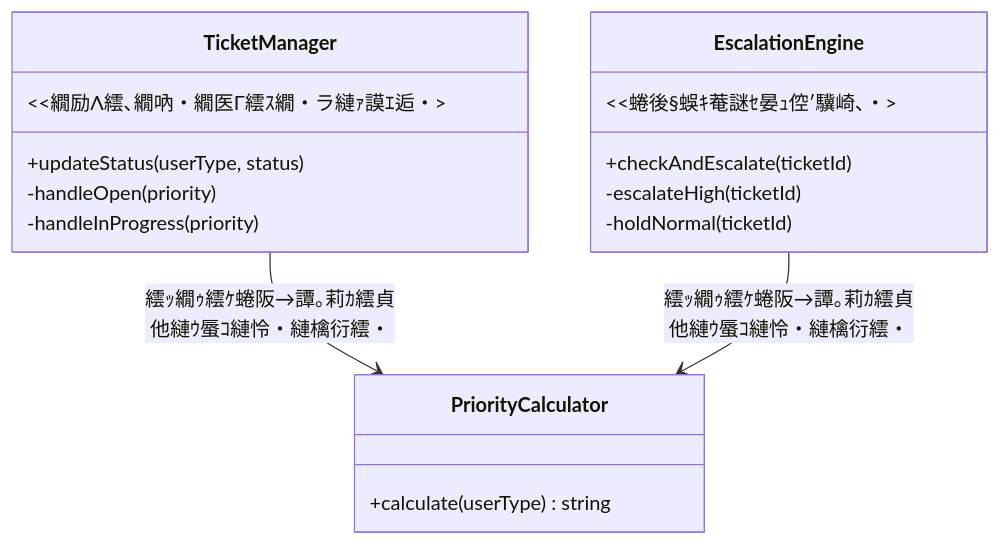
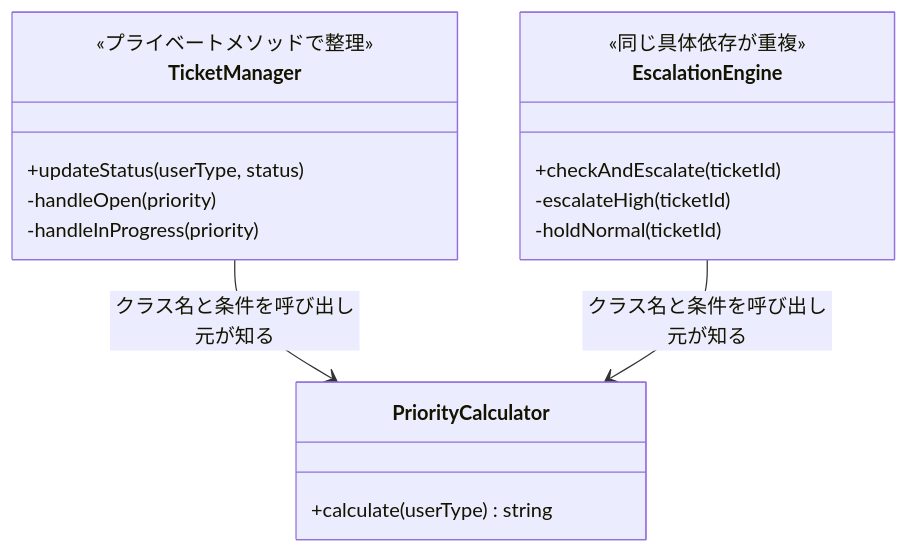
One commit to kumachan1101-pixel/DesignPattern changed the fourth of 11 diagrams in kindle/design-patterns/output/chapter09_2.md. Above: the diagram before and after it, drawn with Mermaid. The commit also changed other lines of this file and 5 other files, not shown here.

````diff
--- a/kindle/design-patterns/output/chapter09_2.md
+++ b/kindle/design-patterns/output/chapter09_2.md
@@ -459,20 +473,20 @@
 ```mermaid
 classDiagram
     class TicketManager {
-        <<繝励Λ繧､繝吶・繝医Γ繧ｽ繝・ラ縺ｧ謨ｴ逅・>
+        <<プライベートメソッドで整理>>
         +updateStatus(userType, status)
         -handleOpen(priority)
         -handleInProgress(priority)
     }
     class EscalationEngine {
-        <<蜷後§蜈ｷ菴謎ｾ晏ｭ倥′驥崎､・>
+        <<同じ具体依存が重複>>
         +checkAndEscalate(ticketId)
         -escalateHigh(ticketId)
         -holdNormal(ticketId)
     }
     class PriorityCalculator {
         +calculate(userType) string
     }
-    TicketManager --> PriorityCalculator : 繧ｯ繝ｩ繧ｹ蜷阪→譚｡莉ｶ繧貞他縺ｳ蜃ｺ縺怜・縺檎衍繧・
-    EscalationEngine --> PriorityCalculator : 繧ｯ繝ｩ繧ｹ蜷阪→譚｡莉ｶ繧貞他縺ｳ蜃ｺ縺怜・縺檎衍繧・
+    TicketManager --> PriorityCalculator : クラス名と条件を呼び出し元が知る
+    EscalationEngine --> PriorityCalculator : クラス名と条件を呼び出し元が知る
 ```
````
